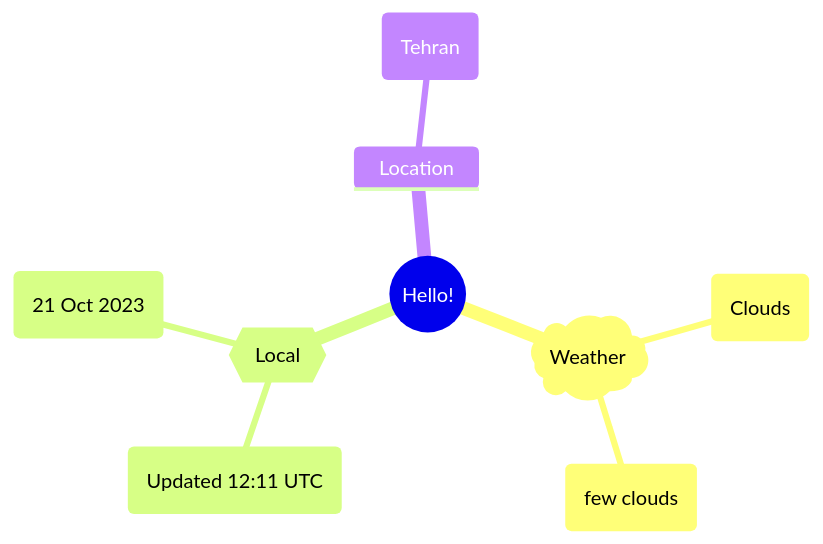
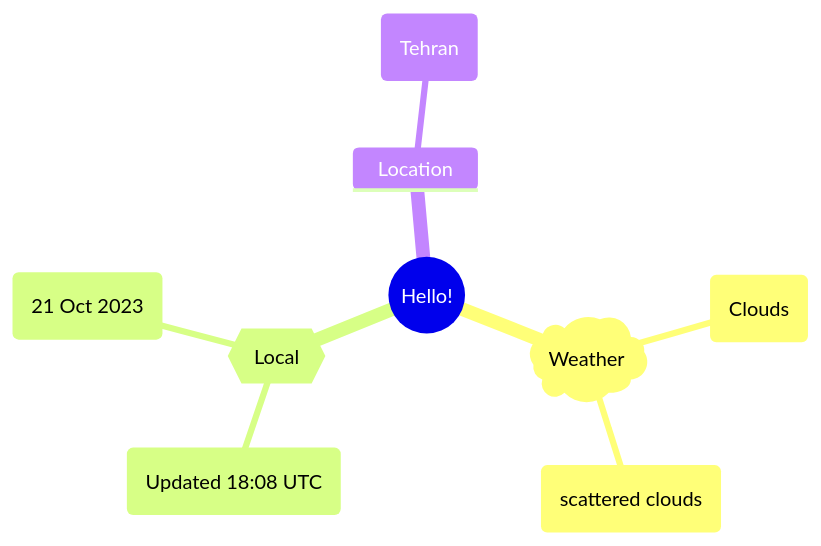
One commit to Xosrov/Xosrov changed the first of 2 diagrams in README.md. Above: the diagram before and after it, drawn with Mermaid.

Commit message:
[bot] updated images

````diff
--- a/README.md
+++ b/README.md
@@ -3,12 +3,12 @@
 ```mermaid
 mindmap
   root((Hello!))
     )Weather(
         (Clouds)
-        (few clouds)
+        (scattered clouds)
     {{Local}}
-        (Updated 12:11 UTC)
+        (Updated 18:08 UTC)
         (21 Oct 2023)
     Location
         (Tehran)
 ```
````
